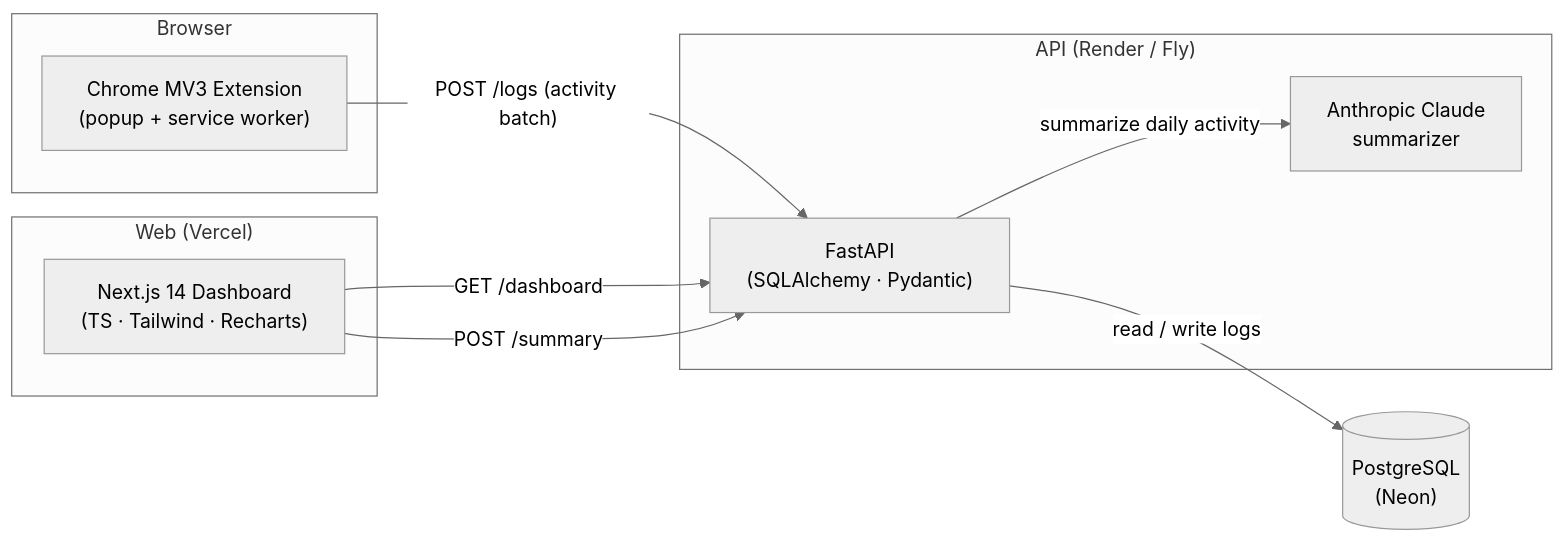
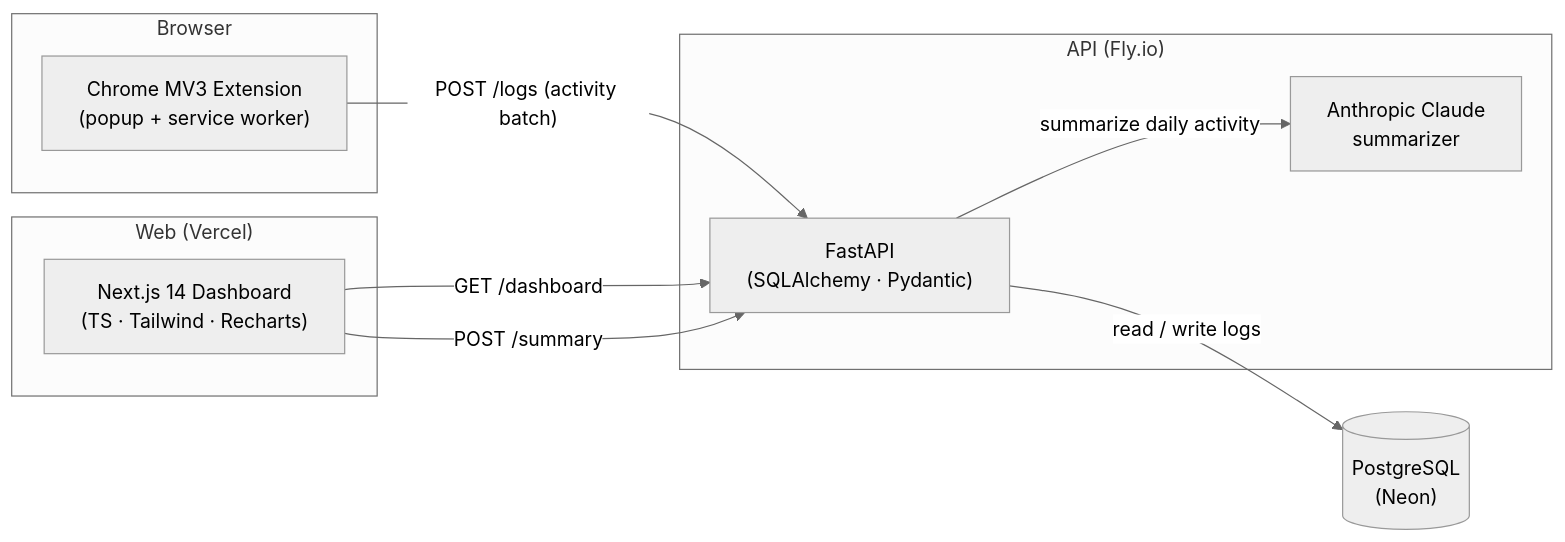
The diagram in README.md (srinivasthomala/focusforge), drawn with Mermaid (neutral theme) before and after one commit. The commit also changed other lines of this file, not shown here.

Commit message:
docs: live demo + API docs URLs, Fly/Supabase deploy stack, roadmap

````diff
--- a/README.md
+++ b/README.md
@@ -50,20 +50,20 @@
 ```mermaid
 flowchart LR
     subgraph Browser
       EXT["Chrome MV3 Extension<br/>(popup + service worker)"]
     end
     subgraph "Web (Vercel)"
       WEB["Next.js 14 Dashboard<br/>(TS · Tailwind · Recharts)"]
     end
-    subgraph "API (Render / Fly)"
+    subgraph "API (Fly.io)"
       API["FastAPI<br/>(SQLAlchemy · Pydantic)"]
       AI["Anthropic Claude<br/>summarizer"]
     end
     DB[("PostgreSQL<br/>(Neon)")]
 
     EXT -- "POST /logs (activity batch)" --> API
     WEB -- "GET /dashboard" --> API
     WEB -- "POST /summary" --> API
     API -- "read / write logs" --> DB
     API -- "summarize daily activity" --> AI
 ```
````
